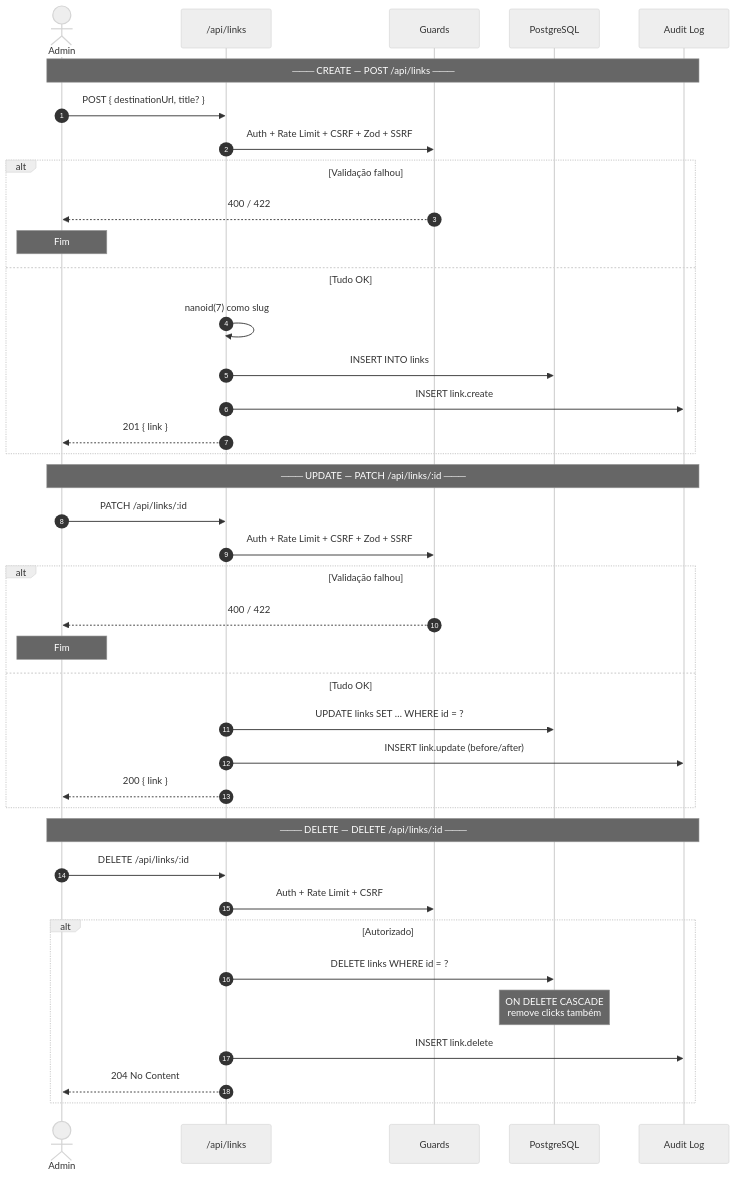
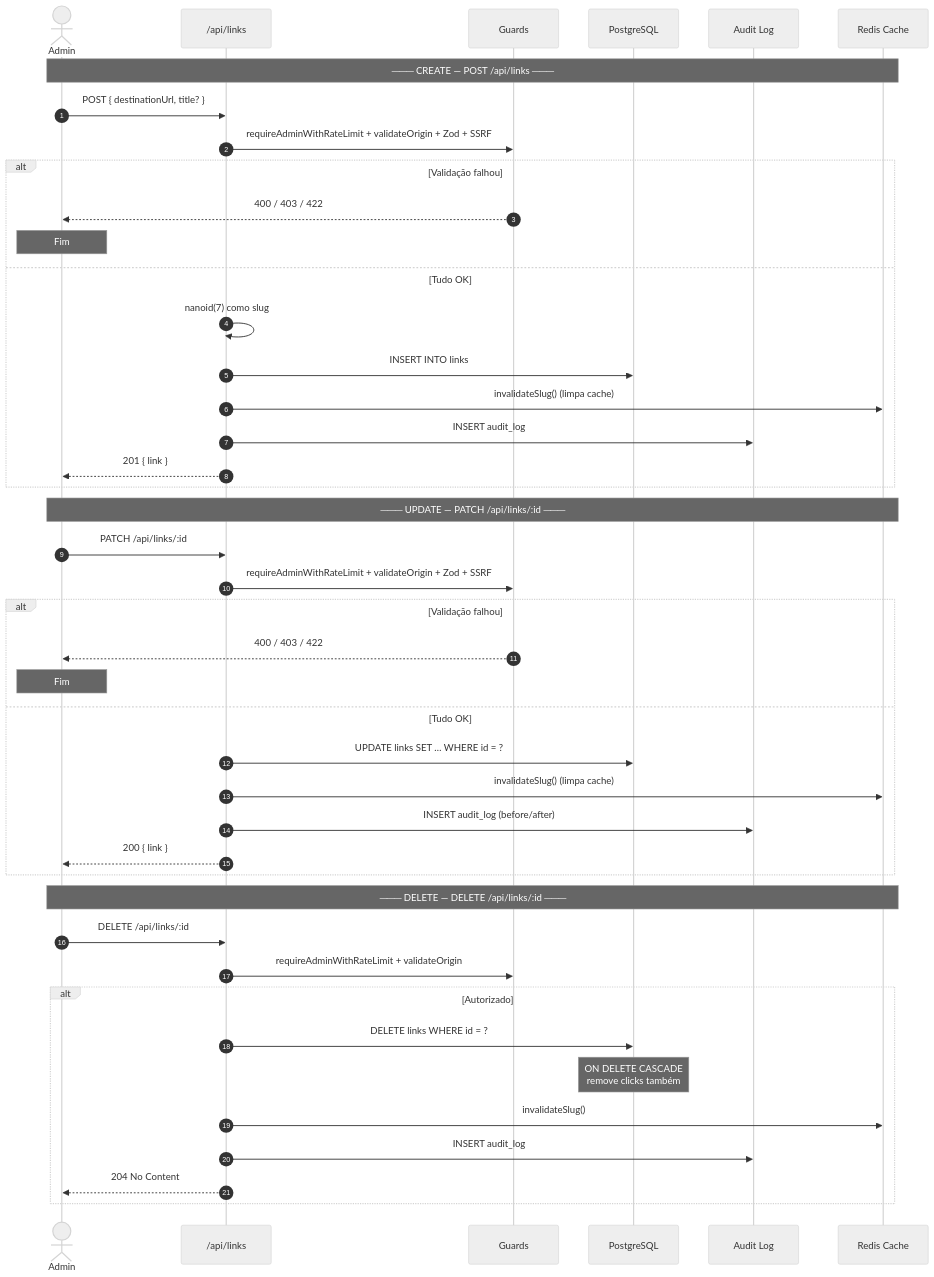
Before and after one commit to eduardoaugustolb/encurtador-url: the third of 5 diagrams in docs/fluxo-de-dados.md, drawn with Mermaid (neutral theme). The commit also changed other lines of this file and 13 other files, not shown here.

````diff
--- a/docs/fluxo-de-dados.md
+++ b/docs/fluxo-de-dados.md
@@ -99,45 +101,49 @@
 ```mermaid
 %%{init: {'sequence': {'actorMargin': 50, 'boxMargin': 18}}}%%
 sequenceDiagram
     autonumber
     actor A as Admin
     participant API as /api/links
     participant G as Guards
     participant DB as PostgreSQL
     participant AUD as Audit Log
+    participant C as Redis Cache
 
-    Note over A,AUD: ─── CREATE — POST /api/links ───
+    Note over A,C: ─── CREATE — POST /api/links ───
     A->>API: POST { destinationUrl, title? }
-    API->>G: Auth + Rate Limit + CSRF + Zod + SSRF
+    API->>G: requireAdminWithRateLimit + validateOrigin + Zod + SSRF
     alt Validação falhou
-        G-->>A: 400 / 422
+        G-->>A: 400 / 403 / 422
         Note over A: Fim
     else Tudo OK
         API->>API: nanoid(7) como slug
         API->>DB: INSERT INTO links
-        API->>AUD: INSERT link.create
+        API->>C: invalidateSlug() (limpa cache)
+        API->>AUD: INSERT audit_log
         API-->>A: 201 { link }
     end
 
-    Note over A,AUD: ─── UPDATE — PATCH /api/links/:id ───
+    Note over A,C: ─── UPDATE — PATCH /api/links/:id ───
     A->>API: PATCH /api/links/:id
-    API->>G: Auth + Rate Limit + CSRF + Zod + SSRF
+    API->>G: requireAdminWithRateLimit + validateOrigin + Zod + SSRF
     alt Validação falhou
-        G-->>A: 400 / 422
+        G-->>A: 400 / 403 / 422
         Note over A: Fim
     else Tudo OK
         API->>DB: UPDATE links SET … WHERE id = ?
-        API->>AUD: INSERT link.update (before/after)
+        API->>C: invalidateSlug() (limpa cache)
+        API->>AUD: INSERT audit_log (before/after)
         API-->>A: 200 { link }
     end
 
-    Note over A,AUD: ─── DELETE — DELETE /api/links/:id ───
+    Note over A,C: ─── DELETE — DELETE /api/links/:id ───
     A->>API: DELETE /api/links/:id
-    API->>G: Auth + Rate Limit + CSRF
+    API->>G: requireAdminWithRateLimit + validateOrigin
     alt Autorizado
         API->>DB: DELETE links WHERE id = ?
         Note over DB: ON DELETE CASCADE<br/>remove clicks também
-        API->>AUD: INSERT link.delete
+        API->>C: invalidateSlug()
+        API->>AUD: INSERT audit_log
         API-->>A: 204 No Content
     end
 ```
````
